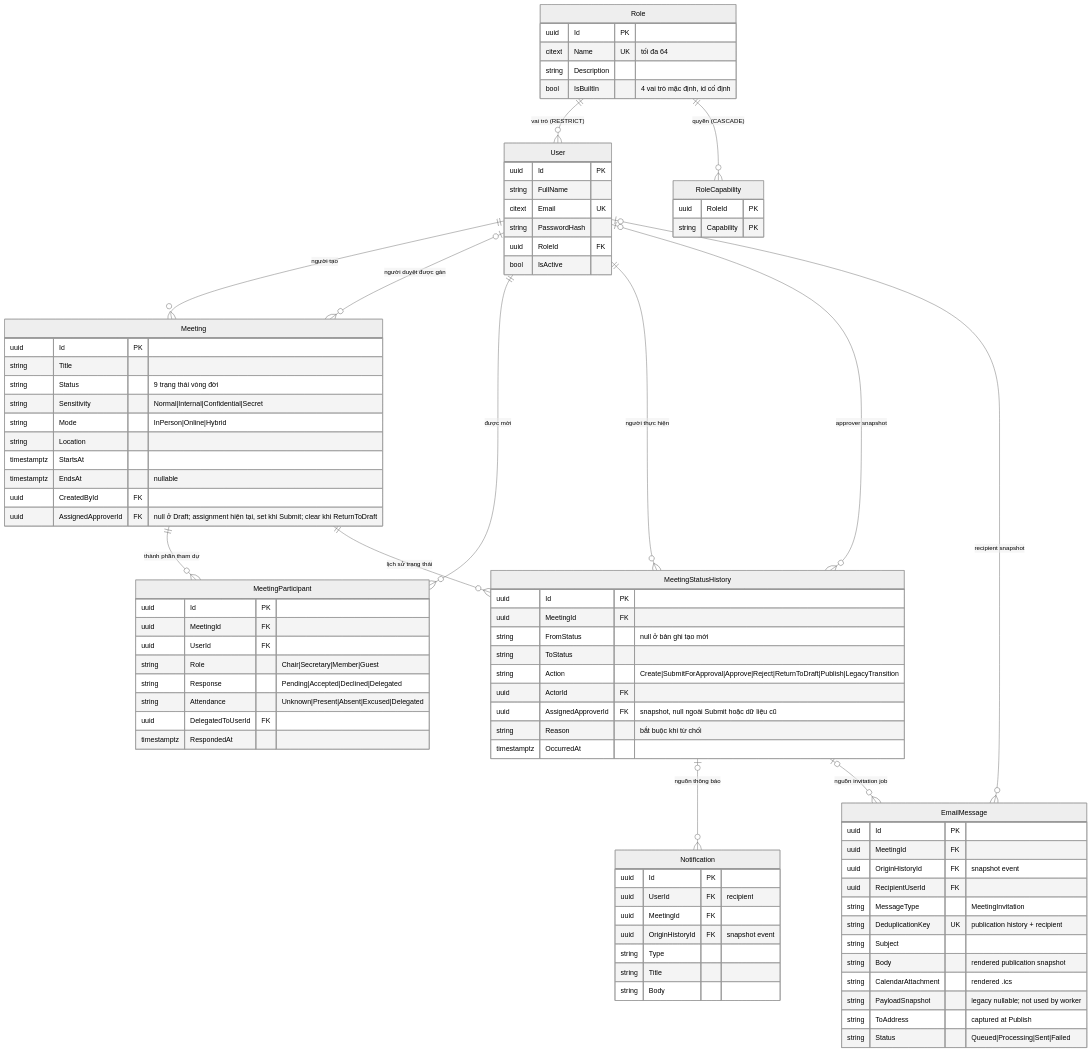
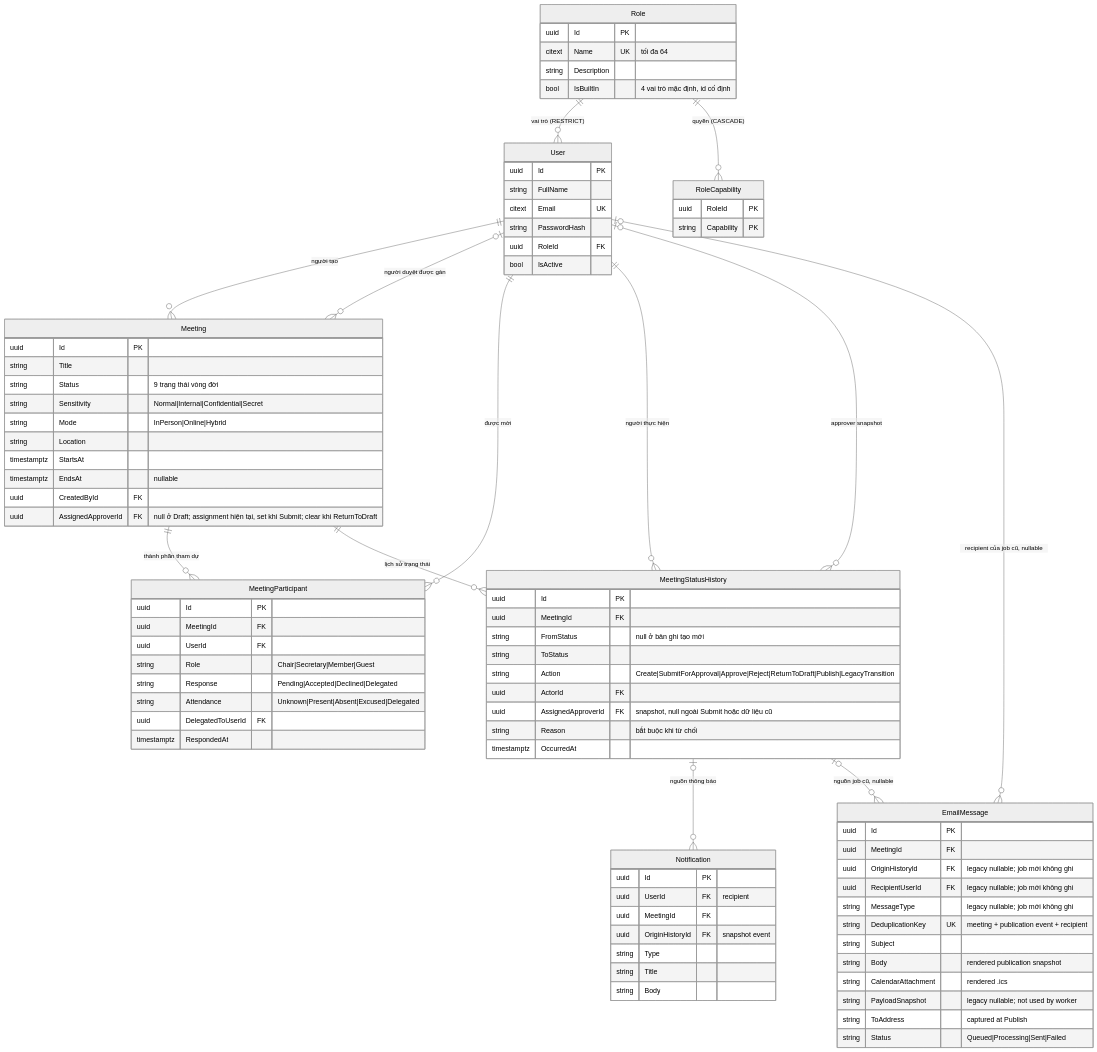
One commit to callmehai/FU-FA26-G116 changed the first of 5 diagrams in docs/02-design/02-erd.md. Above: the diagram before and after it, drawn with Mermaid (neutral theme). The commit also changed other lines of this file and 19 other files, not shown here.

First line of the commit message:
Gate invitation queue on SMTP status

```diff
--- a/docs/02-design/02-erd.md
+++ b/docs/02-design/02-erd.md
@@ -46,8 +46,8 @@
     Meeting ||--o{ MeetingParticipant : "thành phần tham dự"
     Meeting ||--o{ MeetingStatusHistory : "lịch sử trạng thái"
     MeetingStatusHistory o|--o{ Notification : "nguồn thông báo"
-    MeetingStatusHistory o|--o{ EmailMessage : "nguồn invitation job"
-    User o|--o{ EmailMessage : "recipient snapshot"
+    MeetingStatusHistory o|--o{ EmailMessage : "nguồn job cũ, nullable"
+    User o|--o{ EmailMessage : "recipient của job cũ, nullable"
 
     User {
         uuid Id PK
@@ -112,10 +112,10 @@
     EmailMessage {
         uuid Id PK
         uuid MeetingId FK
-        uuid OriginHistoryId FK "snapshot event"
-        uuid RecipientUserId FK
-        string MessageType "MeetingInvitation"
-        string DeduplicationKey UK "publication history + recipient"
+        uuid OriginHistoryId FK "legacy nullable; job mới không ghi"
+        uuid RecipientUserId FK "legacy nullable; job mới không ghi"
+        string MessageType "legacy nullable; job mới không ghi"
+        string DeduplicationKey UK "meeting + publication event + recipient"
         string Subject
         string Body "rendered publication snapshot"
         string CalendarAttachment "rendered .ics"
```
